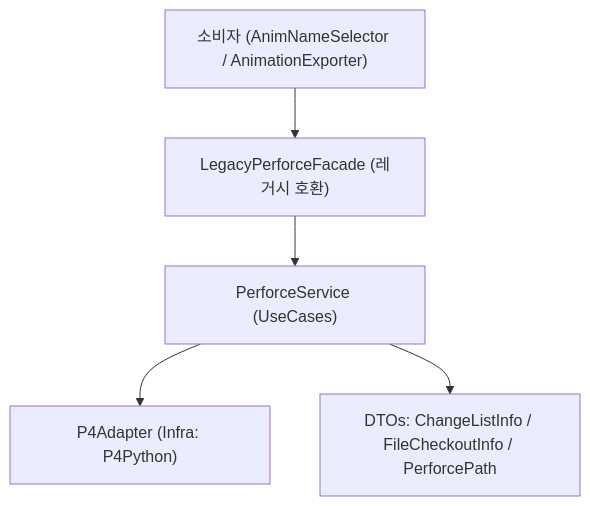
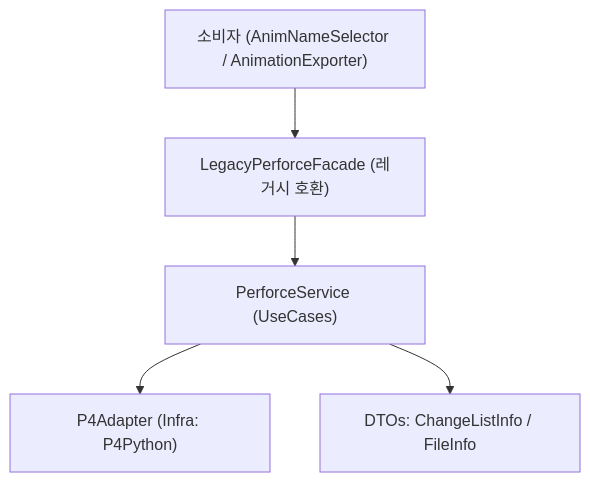
The diagram in PRD/PRD_Perforce_Refactoring.md (jalnaga/PyJalLib), drawn with Mermaid before and after one commit. The commit also changed other lines of this file, not shown here.

````diff
--- a/PRD/PRD_Perforce_Refactoring.md
+++ b/PRD/PRD_Perforce_Refactoring.md
@@ -50,11 +74,11 @@
 ```mermaid
 graph TD
   UI["소비자 (AnimNameSelector / AnimationExporter)"]
   F["LegacyPerforceFacade (레거시 호환)"]
   S["PerforceService (UseCases)"]
   A["P4Adapter (Infra: P4Python)"]
-  E["DTOs: ChangeListInfo / FileCheckoutInfo / PerforcePath"]
+  E["DTOs: ChangeListInfo / FileInfo"]
 
   UI --> F --> S --> A
   S --> E
 ```
````
